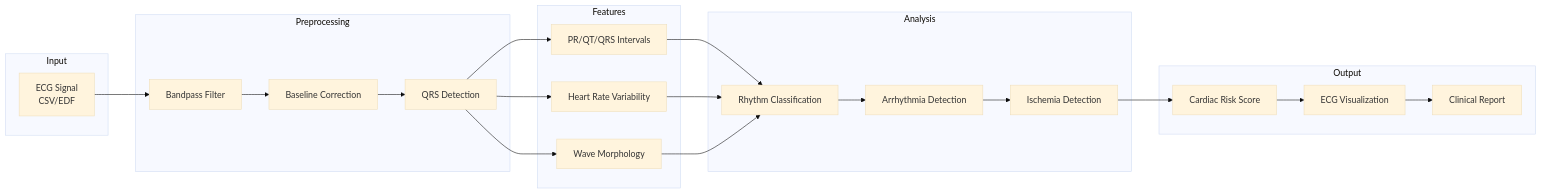
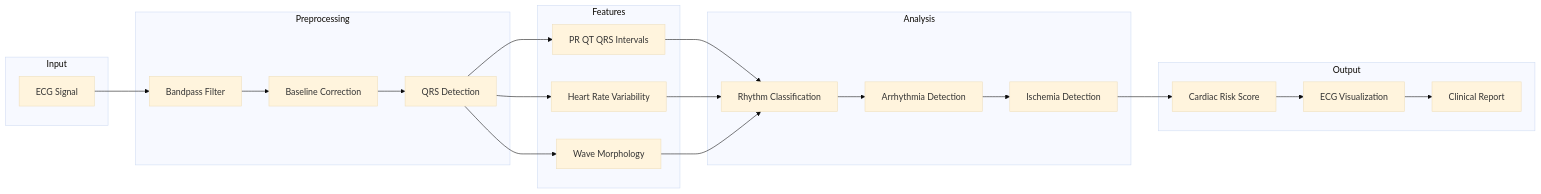
One commit to steeltroops-ai/NeuraLens changed the eighth of 11 diagrams in ARCHITECTURE.md. Above: the diagram before and after it, drawn with Mermaid (base theme). The commit also changed other lines of this file, not shown here.

Commit message:
fix(docs): correct Mermaid diagram syntax for GitHub rendering

````diff
--- a/ARCHITECTURE.md
+++ b/ARCHITECTURE.md
@@ -370,35 +374,40 @@
 ```mermaid
 graph LR
-    subgraph "Input"
-        ECG[ECG Signal<br/>CSV/EDF]
+    subgraph Input3["Input"]
+        ECG["ECG Signal"]
     end
     
-    subgraph "Preprocessing"
-        Filter[Bandpass Filter]
-        Baseline[Baseline Correction]
-        QRS[QRS Detection]
+    subgraph Preprocess3["Preprocessing"]
+        Filter["Bandpass Filter"]
+        Baseline["Baseline Correction"]
+        QRS["QRS Detection"]
     end
     
-    subgraph "Features"
-        Intervals[PR/QT/QRS Intervals]
-        HRV[Heart Rate Variability]
-        Morphology[Wave Morphology]
+    subgraph Features3["Features"]
+        Intervals["PR QT QRS Intervals"]
+        HRV["Heart Rate Variability"]
+        Morphology["Wave Morphology"]
     end
     
-    subgraph "Analysis"
-        Rhythm[Rhythm Classification]
-        Arrhythmia[Arrhythmia Detection]
-        Ischemia[Ischemia Detection]
+    subgraph Analysis3["Analysis"]
+        Rhythm["Rhythm Classification"]
+        Arrhythmia["Arrhythmia Detection"]
+        Ischemia["Ischemia Detection"]
     end
     
-    subgraph "Output"
-        Risk[Cardiac Risk Score]
-        ECGPlot[ECG Visualization]
-        Report[Clinical Report]
+    subgraph Output3["Output"]
+        RiskC["Cardiac Risk Score"]
+        ECGPlot["ECG Visualization"]
+        ReportC["Clinical Report"]
     end
     
     ECG --> Filter --> Baseline --> QRS
-    QRS --> Intervals & HRV & Morphology
-    Intervals & HRV & Morphology --> Rhythm --> Arrhythmia --> Ischemia
-    Ischemia --> Risk --> ECGPlot --> Report
+    QRS --> Intervals
+    QRS --> HRV
+    QRS --> Morphology
+    Intervals --> Rhythm
+    HRV --> Rhythm
+    Morphology --> Rhythm
+    Rhythm --> Arrhythmia --> Ischemia
+    Ischemia --> RiskC --> ECGPlot --> ReportC
 ```
````
